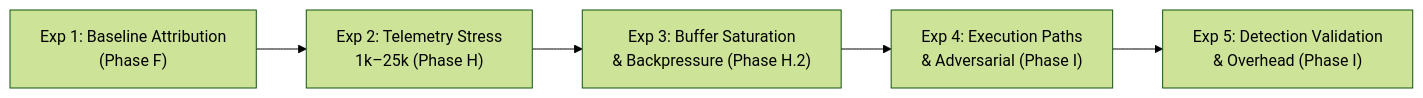
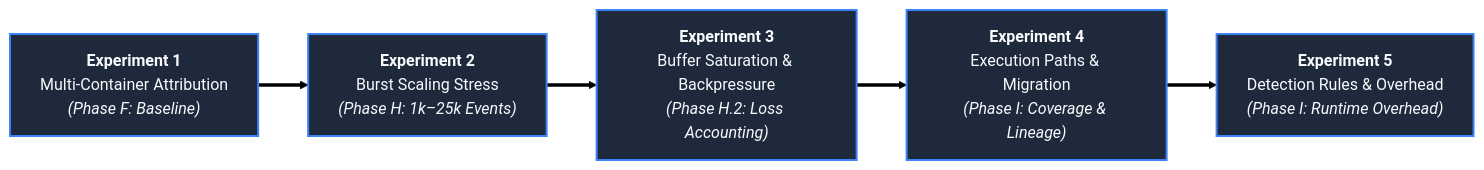
The diagram in EXPERIMENTS.md (ramKarthik57/containerguard), drawn with Mermaid (forest theme) before and after one commit. The commit also changed 4 other files, not shown here.

First line of the commit message:
docs(diagrams): overhaul and perfect all mermaid architectural diagrams

````diff
--- a/EXPERIMENTS.md
+++ b/EXPERIMENTS.md
@@ -26,7 +26,16 @@
 ```mermaid
 flowchart LR
-    E1["Exp 1: Baseline Attribution<br/>(Phase F)"] --> E2["Exp 2: Telemetry Stress<br/>1k–25k (Phase H)"]
-    E2 --> E3["Exp 3: Buffer Saturation<br/>& Backpressure (Phase H.2)"]
-    E3 --> E4["Exp 4: Execution Paths<br/>& Adversarial (Phase I)"]
-    E4 --> E5["Exp 5: Detection Validation<br/>& Overhead (Phase I)"]
+    E1["<strong>Experiment 1</strong><br/>Multi-Container Attribution<br/><em>(Phase F: Baseline)</em>"]
+    E2["<strong>Experiment 2</strong><br/>Burst Scaling Stress<br/><em>(Phase H: 1k–25k Events)</em>"]
+    E3["<strong>Experiment 3</strong><br/>Buffer Saturation & Backpressure<br/><em>(Phase H.2: Loss Accounting)</em>"]
+    E4["<strong>Experiment 4</strong><br/>Execution Paths & Migration<br/><em>(Phase I: Coverage & Lineage)</em>"]
+    E5["<strong>Experiment 5</strong><br/>Detection Rules & Overhead<br/><em>(Phase I: Runtime Overhead)</em>"]
+
+    E1 ==> E2
+    E2 ==> E3
+    E3 ==> E4
+    E4 ==> E5
+
+    classDef exp fill:#1e293b,stroke:#3b82f6,stroke-width:2px,color:#f8fafc;
+    class E1,E2,E3,E4,E5 exp;
 ```
````
